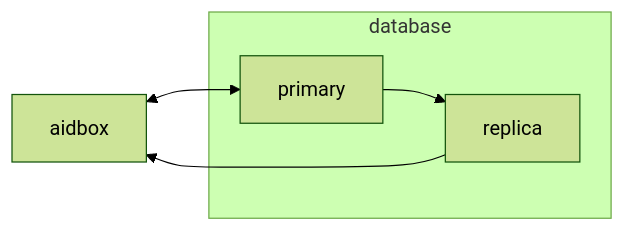
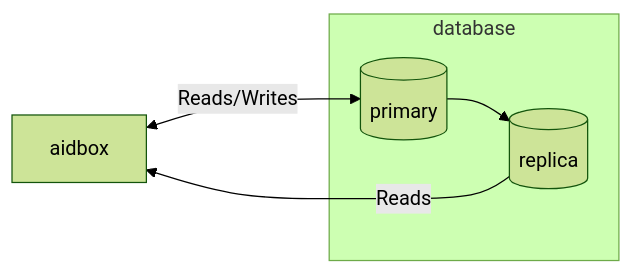
One commit to Aidbox/examples changed the diagram in aidbox-with-ro-replica/README.md. Above: the diagram before and after it, drawn with Mermaid (forest theme).

````diff
--- a/aidbox-with-ro-replica/README.md
+++ b/aidbox-with-ro-replica/README.md
@@ -23,9 +23,9 @@
 ```mermaid
 graph LR
     aidbox
     subgraph database
-        primary --> replica
+        primary[(primary)] --> replica[(replica)]
     end
-    aidbox <--> primary
-    replica --> aidbox
+    aidbox <-->|Reads/Writes| primary
+    replica -->|Reads| aidbox
 ```
````
